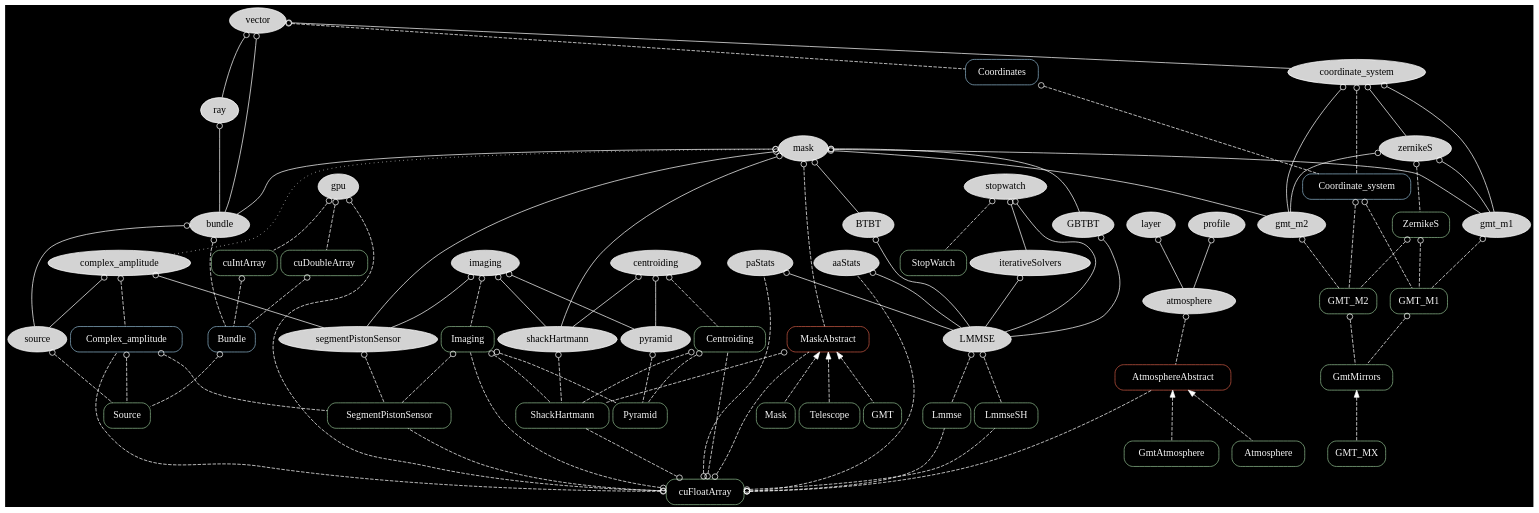
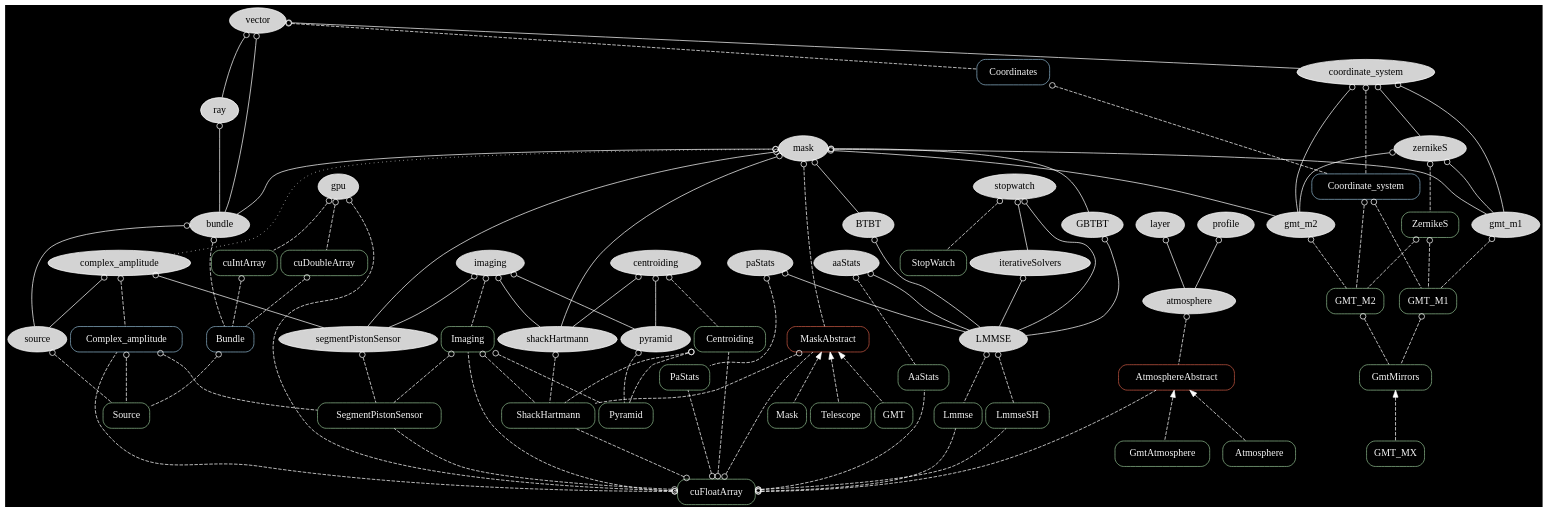
Before and after one commit to rconan/CEO: the diagram in graph/ceo.dot, drawn with Graphviz.

Commit message:
UPDATE CEO GRAPH Added AaStats and PaStats class

```diff
--- a/graph/ceo.dot
+++ b/graph/ceo.dot
@@ -1,142 +1,145 @@
 digraph {
 overlap=false
 splines=true
 bgcolor = black
 node[style=filled,fillcolor=lightgray,color=white];
 edge[arrowtail=odot,dir=back,color=white];
 
 mask -> shackHartmann;
 imaging -> shackHartmann;
 centroiding -> shackHartmann;
 imaging -> pyramid;
 centroiding -> pyramid;
 bundle -> source;
 
 coordinate_system -> zernikeS;
 coordinate_system -> gmt_m1;
 coordinate_system -> gmt_m2
 
 mask -> gmt_m1;
 mask -> gmt_m2;
 
 zernikeS -> gmt_m1;
 zernikeS -> gmt_m2;
 
 vector -> coordinate_system;
 vector -> bundle;
 
 mask -> bundle;
 ray -> bundle;
 vector -> ray;
 complex_amplitude -> source;
 
 layer -> atmosphere;
 profile -> atmosphere;
 
 mask -> BTBT;
 mask -> GBTBT;
 aaStats -> LMMSE;
 paStats -> LMMSE;
 BTBT -> LMMSE;
 GBTBT -> LMMSE;
 iterativeSolvers -> LMMSE;
 stopwatch -> LMMSE;
 stopwatch -> iterativeSolvers;
 
 gpu;
 
 complex_amplitude -> segmentPistonSensor;
 mask -> segmentPistonSensor;
 imaging -> segmentPistonSensor;
 
 edge[style=dotted,color=white]
 mask -> complex_amplitude;
 
 node[color=darkseagreen,style=rounded,shape=box,fontcolor=whitesmoke];
 edge[style=dashed,color=white]
+
+aaStats -> AaStats;
+paStats -> PaStats;
 
 centroiding -> Centroiding;
 imaging -> Imaging;
 cuFloatArray -> Imaging;
 cuFloatArray -> Centroiding;
 
 source -> Source;
 Complex_amplitude[color=lightskyblue3];
 complex_amplitude -> Complex_amplitude;
 cuFloatArray -> Complex_amplitude;
 Bundle[color=lightskyblue3];
 bundle -> Bundle;
 cuDoubleArray -> Bundle;
 cuIntArray -> Bundle;
 Complex_amplitude -> Source[label="wavefront"];
 Bundle -> Source[label="rays"];
 
 shackHartmann -> ShackHartmann;
 MaskAbstract -> ShackHartmann;
 cuFloatArray -> ShackHartmann
 Imaging -> ShackHartmann;
 Centroiding -> ShackHartmann;
 
 pyramid -> Pyramid;
 Imaging -> Pyramid;
 Centroiding -> Pyramid;
 
 segmentPistonSensor -> SegmentPistonSensor;
 cuFloatArray -> SegmentPistonSensor;
 
 gmt_m1 -> GMT_M1;
 gmt_m2 -> GMT_M2;
 ZernikeS;
 zernikeS -> ZernikeS;
 ZernikeS -> GMT_M1;
 ZernikeS -> GMT_M2;
 GMT_M1 -> GmtMirrors[label="M1"];
 GMT_M2 -> GmtMirrors[label="M2"];
 Coordinate_system[color=lightskyblue3];
 coordinate_system -> Coordinate_system;
 Coordinate_system -> GMT_M1;
 Coordinate_system -> GMT_M2;
 Coordinates[color=lightskyblue3];
 Coordinates -> Coordinate_system;
 vector -> Coordinates;
 
 AtmosphereAbstract[color=coral3];
 atmosphere -> AtmosphereAbstract;
 
 MaskAbstract[color=coral3]
 mask -> MaskAbstract;
 cuFloatArray -> MaskAbstract;
 Complex_amplitude -> SegmentPistonSensor;
 Imaging -> SegmentPistonSensor;
 
 stopwatch -> StopWatch;
 
 gpu -> cuFloatArray;
 gpu -> cuIntArray;
 gpu -> cuDoubleArray;
 LMMSE -> Lmmse;
 LMMSE -> LmmseSH;
 cuFloatArray -> Lmmse;
 cuFloatArray -> LmmseSH;
 cuFloatArray -> AtmosphereAbstract;
-cuFloatArray -> aaStats
-cuFloatArray -> paStats
+cuFloatArray -> AaStats
+cuFloatArray -> PaStats
 
 edge[dir=back,arrowtail=normal];
 
 AtmosphereAbstract -> Atmosphere;
 AtmosphereAbstract -> GmtAtmosphere;
 
 MaskAbstract -> Mask;
 MaskAbstract -> Telescope;
 MaskAbstract -> GMT;
 
 GmtMirrors -> GMT_MX;
 
 #{rank = source; mask;}
 #{rank = same; gpu; vector; MaskAbstract;}
 #{rank = same; Source; ShackHartmann}
 #{rank=same; stopwatch; StopWatch;}
 {rank = sink; cuFloatArray;}
 #{rank = same; cuFloatArray; MaskAbstract;}
 }
```
